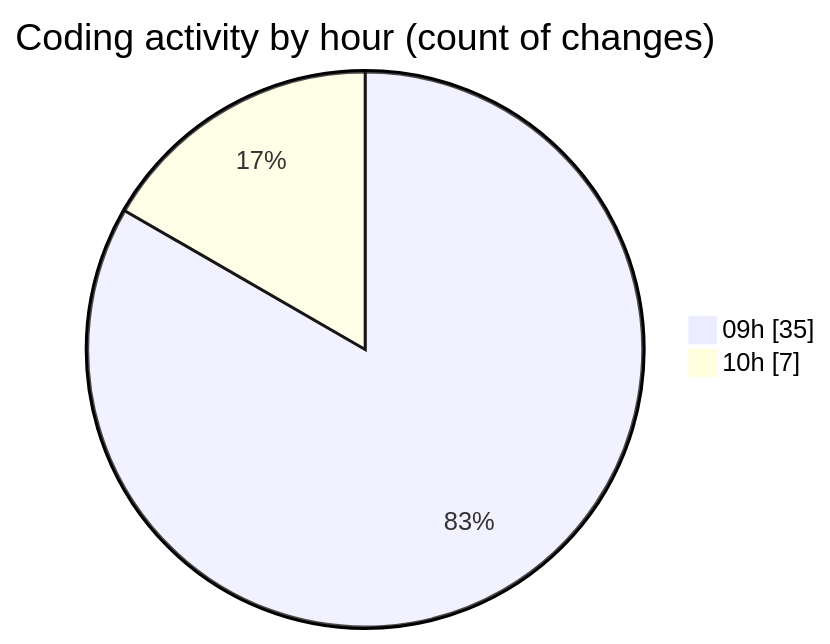
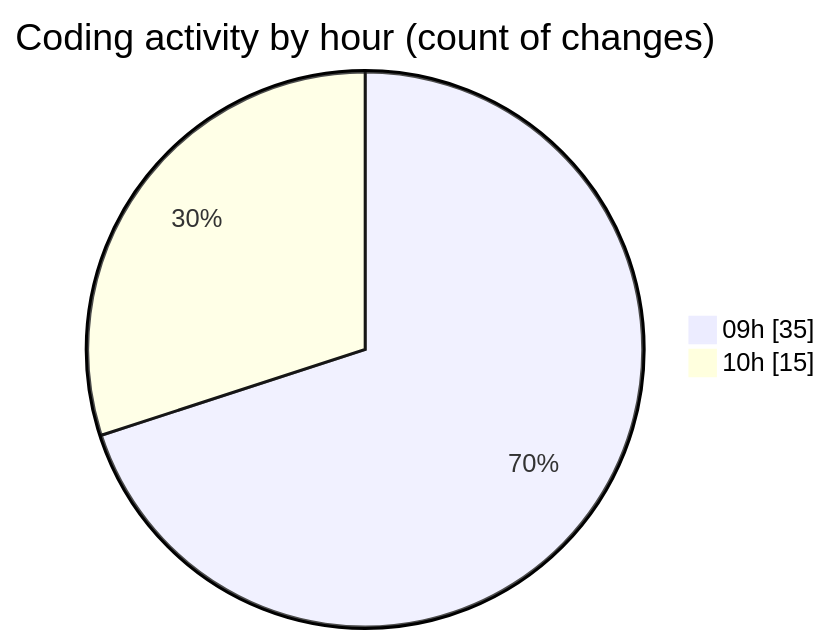
One commit to momahboobian/code-tracking changed the second of 2 diagrams in 2026-09-14/cda/README.md. Above: the diagram before and after it, drawn with Mermaid. The commit also changed other lines of this file and 1 other file, not shown here.

````diff
--- a/2026-09-14/cda/README.md
+++ b/2026-09-14/cda/README.md
@@ -46,6 +53,6 @@
 ```mermaid
 pie showData
 title Coding activity by hour (count of changes)
 "09h" : 35
-"10h" : 7
+"10h" : 15
 ```
````
